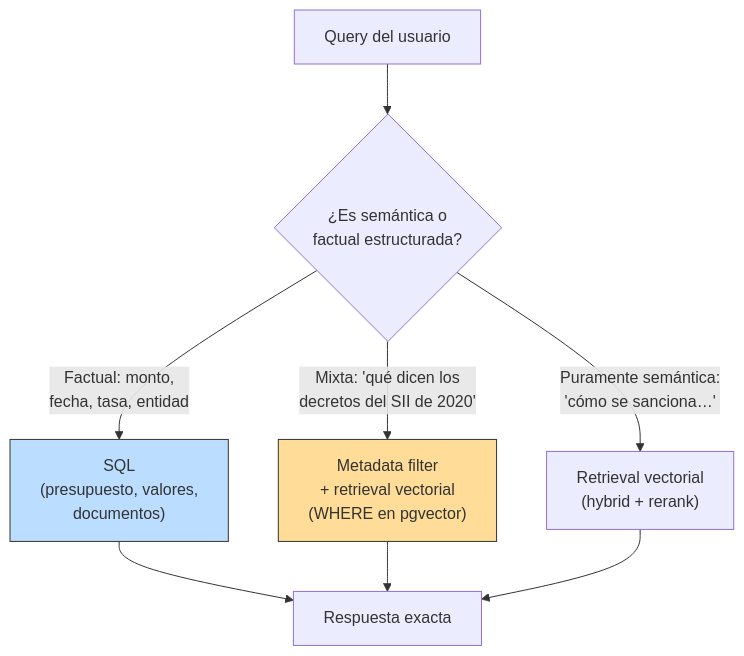
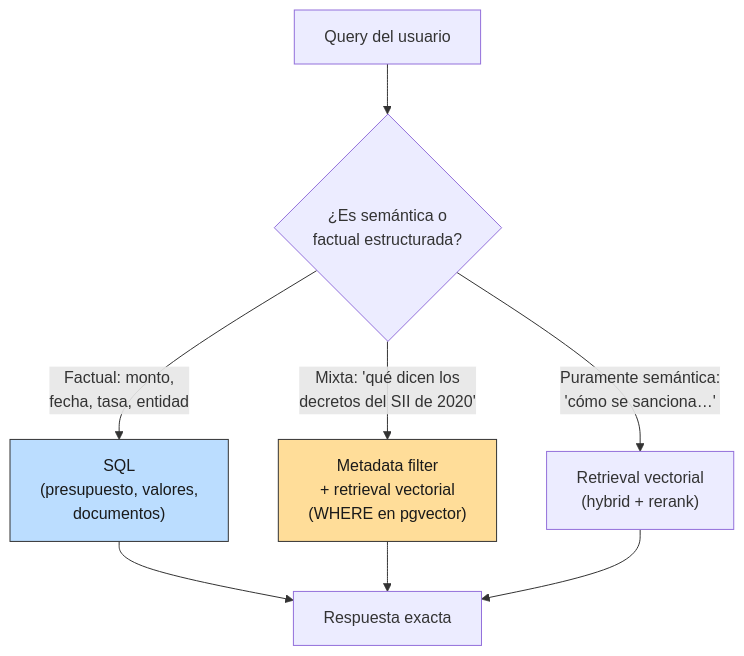
One commit to Alonsomar/estudio-personal changed the first of 2 diagrams in 02-retrieval/theory/07-metadata-estructurado.md. Above: the diagram before and after it, drawn with Mermaid. The commit also changed other lines of this file and 20 other files, not shown here.

First line of the commit message:
fix(docs): texto oscuro en nodos Mermaid para legibilidad en modo oscuro

````diff
--- a/02-retrieval/theory/07-metadata-estructurado.md
+++ b/02-retrieval/theory/07-metadata-estructurado.md
@@ -36,14 +36,14 @@
 ```mermaid
 graph TD
     Q["Query del usuario"] --> CLASS{"¿Es semántica o<br/>factual estructurada?"}
     CLASS -->|"Factual: monto,<br/>fecha, tasa, entidad"| SQL["SQL<br/>(presupuesto, valores,<br/>documentos)"]
     CLASS -->|"Mixta: 'qué dicen los<br/>decretos del SII de 2020'"| FIL["Metadata filter<br/>+ retrieval vectorial<br/>(WHERE en pgvector)"]
     CLASS -->|"Puramente semántica:<br/>'cómo se sanciona…'"| VEC["Retrieval vectorial<br/>(hybrid + rerank)"]
 
     SQL --> A["Respuesta exacta"]
     FIL --> A
     VEC --> A
 
-    style SQL fill:#bdf,stroke:#333
-    style FIL fill:#fd9,stroke:#333
+    style SQL fill:#bdf,stroke:#333,color:#1a1a1a
+    style FIL fill:#fd9,stroke:#333,color:#1a1a1a
 ```
````
